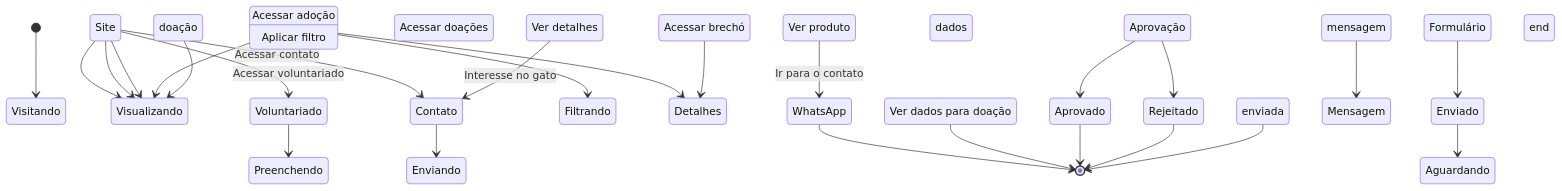
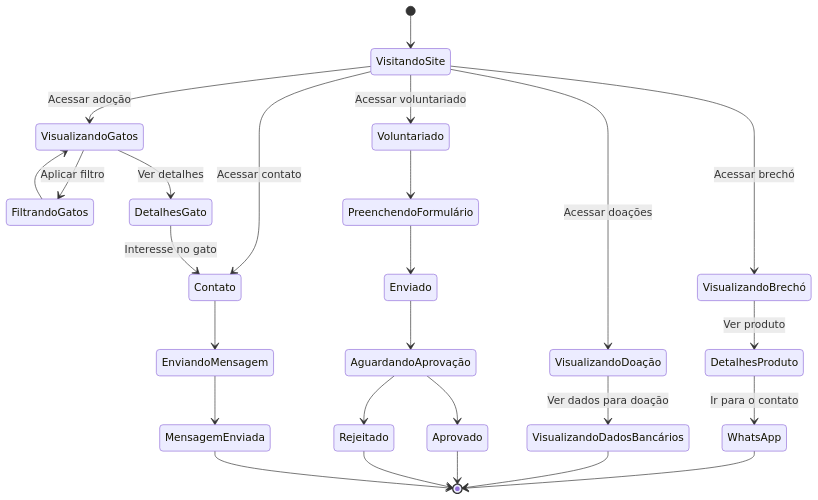
One commit to ligiaoliveira/Casa-dos-Gatos changed the fourth of 4 diagrams in README.md. Above: the diagram before and after it, drawn with Mermaid.

````diff
--- a/README.md
+++ b/README.md
@@ -196,41 +196,40 @@
 ```mermaid
 stateDiagram-v2
 
-  [*] --> Visitando Site
+  [*] --> VisitandoSite
 
-  Visitando Site --> Visualizando Gatos : Acessar adoção
-  Visitando Site --> Visualizando Brechó : Acessar brechó
-  Visitando Site --> Visualizando Doação : Acessar doações
-  Visitando Site --> Voluntariado : Acessar voluntariado
-  Visitando Site --> Contato : Acessar contato
+  VisitandoSite --> VisualizandoGatos : Acessar adoção
+  VisitandoSite --> VisualizandoBrechó : Acessar brechó
+  VisitandoSite --> VisualizandoDoação : Acessar doações
+  VisitandoSite --> Voluntariado : Acessar voluntariado
+  VisitandoSite --> Contato : Acessar contato
 
   %% Gatos
-  Visualizando Gatos --> Filtrando Gatos : Aplicar filtro
-  Filtrando Gatos --> Visualizando Gatos
-  Visualizando Gatos --> Detalhes Gato : Ver detalhes
-  Detalhes Gato --> Contato : Interesse no gato
+  VisualizandoGatos --> FiltrandoGatos : Aplicar filtro
+  FiltrandoGatos --> VisualizandoGatos
+  VisualizandoGatos --> DetalhesGato : Ver detalhes
+  DetalhesGato --> Contato : Interesse no gato
 
   %% Brechó
-  Visualizando Brechó --> Detalhes Produto : Ver produto
-  Detalhes Produto --> WhatsApp : Ir para o contato
+  VisualizandoBrechó --> DetalhesProduto : Ver produto
+  DetalhesProduto --> WhatsApp : Ir para o contato
   WhatsApp --> [*]
 
   %% Doação
-  Visualizando doação --> Visualizando dados bancários : Ver dados para doação
-  Visualizando dados bancários --> [*]
+  VisualizandoDoação --> VisualizandoDadosBancários : Ver dados para doação
+  VisualizandoDadosBancários --> [*]
 
   %% Voluntariado
-  Voluntariado --> Preenchendo Formulário
-  Preenchendo Formulário --> Enviado
-  Enviado --> Aguardando Aprovação
-  Aguardando Aprovação --> Aprovado
-  Aguardando Aprovação --> Rejeitado
+  Voluntariado --> PreenchendoFormulário
+  PreenchendoFormulário --> Enviado
+  Enviado --> AguardandoAprovação
+  AguardandoAprovação --> Aprovado
+  AguardandoAprovação --> Rejeitado
   Aprovado --> [*]
   Rejeitado --> [*]
 
   %% Contato
-  Contato --> Enviando mensagem
-  Enviando mensagem --> Mensagem enviada
-  Mensagem enviada --> [*]
-end
+  Contato --> EnviandoMensagem
+  EnviandoMensagem --> MensagemEnviada
+  MensagemEnviada --> [*]
 ```
````
